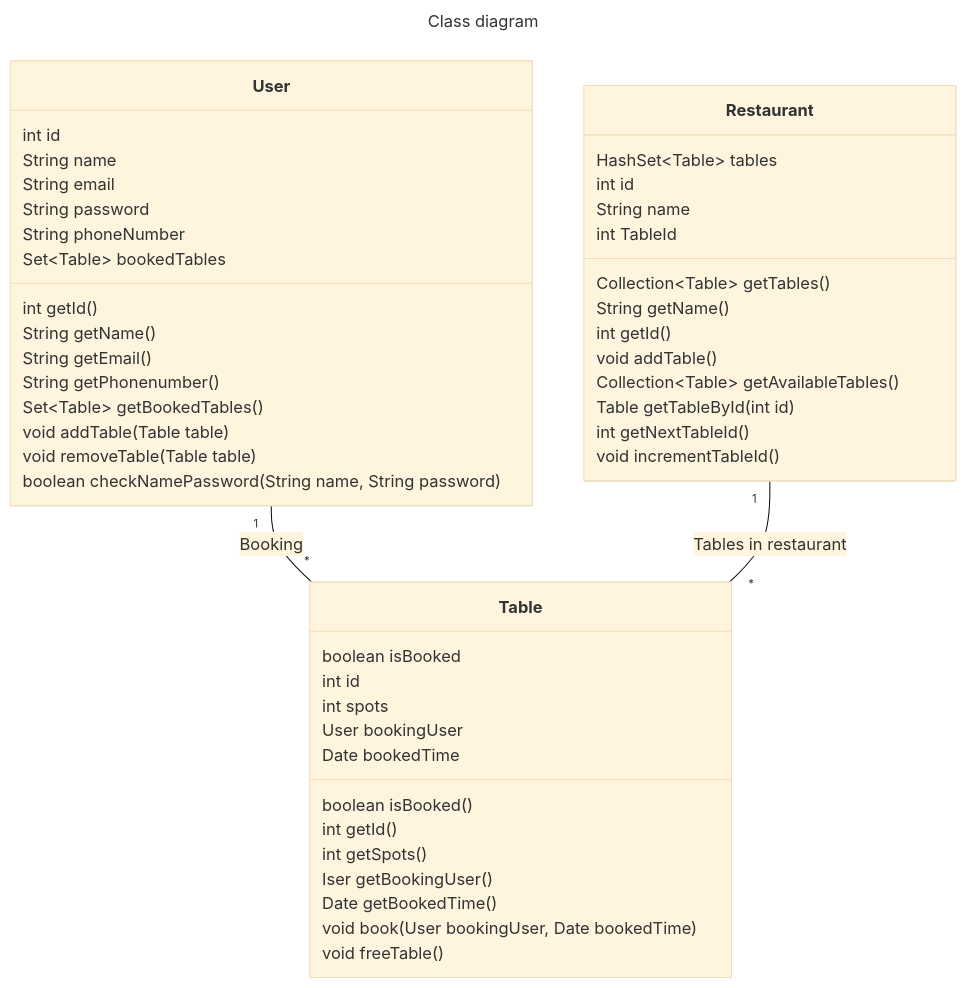
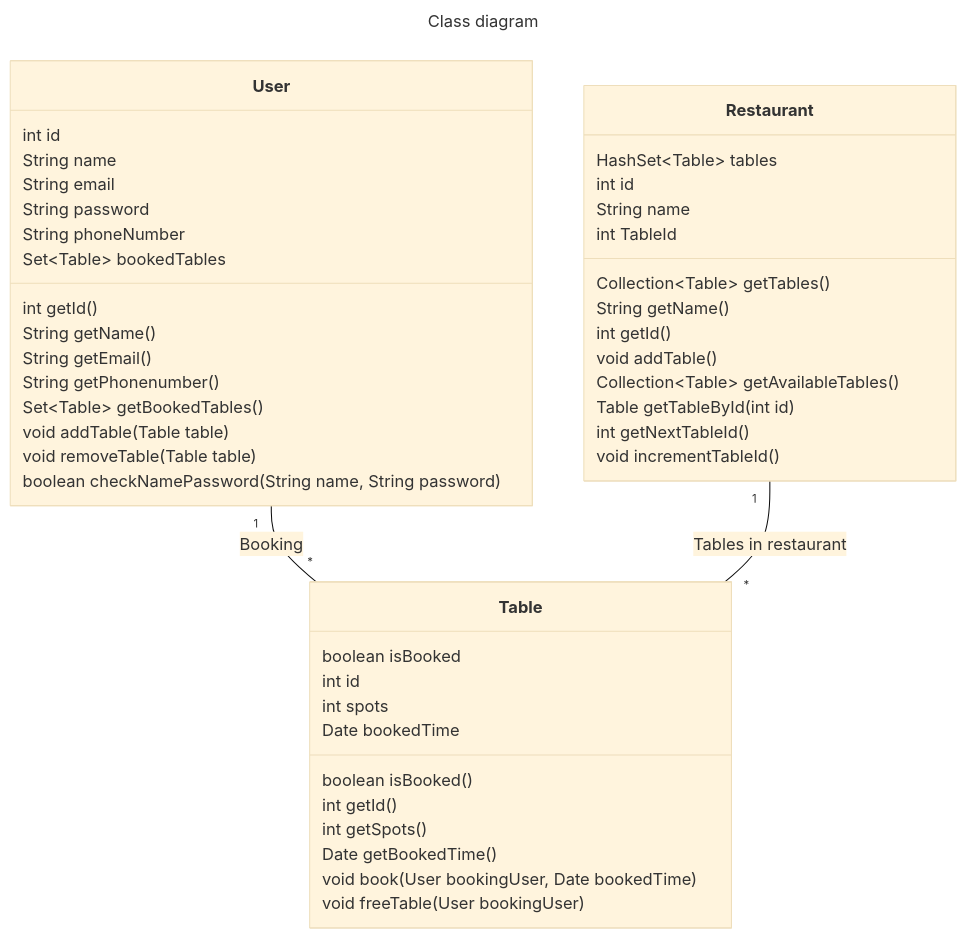
Before and after one commit to marsun02/IT1901_Booking_Manager: the diagram in class-diagram.md, drawn with Mermaid (base theme). The commit also changed 2 other files, not shown here.

Commit message:
docs: :memo: Updated Table class and User class in class-diagram.md #70
I also removed an unused import in Restaurant.java

````diff
--- a/class-diagram.md
+++ b/class-diagram.md
@@ -1,61 +1,59 @@
 ```mermaid
 ---
 title: Class diagram
 ---
 
 classDiagram
     class Table{
         boolean isBooked
         int id
         int spots
-        User bookingUser
         Date bookedTime
 
         boolean isBooked()
         int getId()
         int getSpots()
-        Iser getBookingUser()
         Date getBookedTime()
         void book(User bookingUser, Date bookedTime)
-        void freeTable()
+        void freeTable(User bookingUser)
     }
 
     class User{
         int id
         String name
         String email
         String password
         String phoneNumber
         Set&lt;Table&gt bookedTables
 
         int getId()
         String getName()
         String getEmail()
         String getPhonenumber()
         Set&lt;Table&gt getBookedTables()
         void addTable(Table table)
         void removeTable(Table table)
         boolean checkNamePassword(String name, String password)
     }
 
     class Restaurant{
         
         HashSet&lt;Table&gt; tables
         int id
         String name
         int TableId
 
 
         Collection&lt;Table&gt getTables()
         String getName()
         int getId()
         void addTable()
         Collection&lt;Table&gt getAvailableTables()
         Table getTableById(int id)
         int getNextTableId()
         void incrementTableId()
     }
 
     User "1" -- "*" Table : Booking
     Restaurant "1" -- "*" Table : Tables in restaurant
 ```
````
